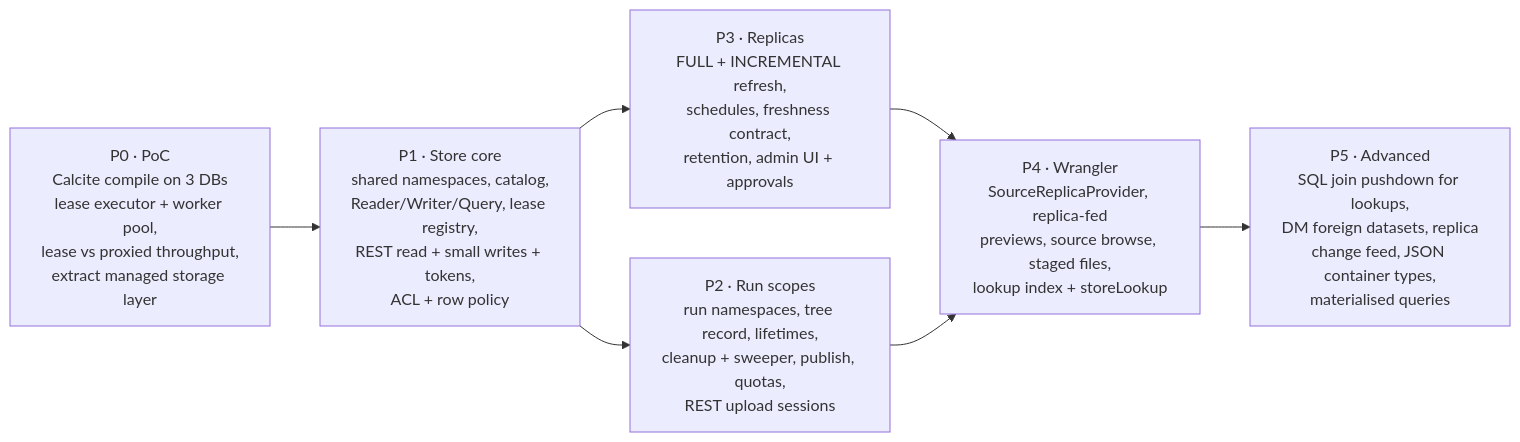
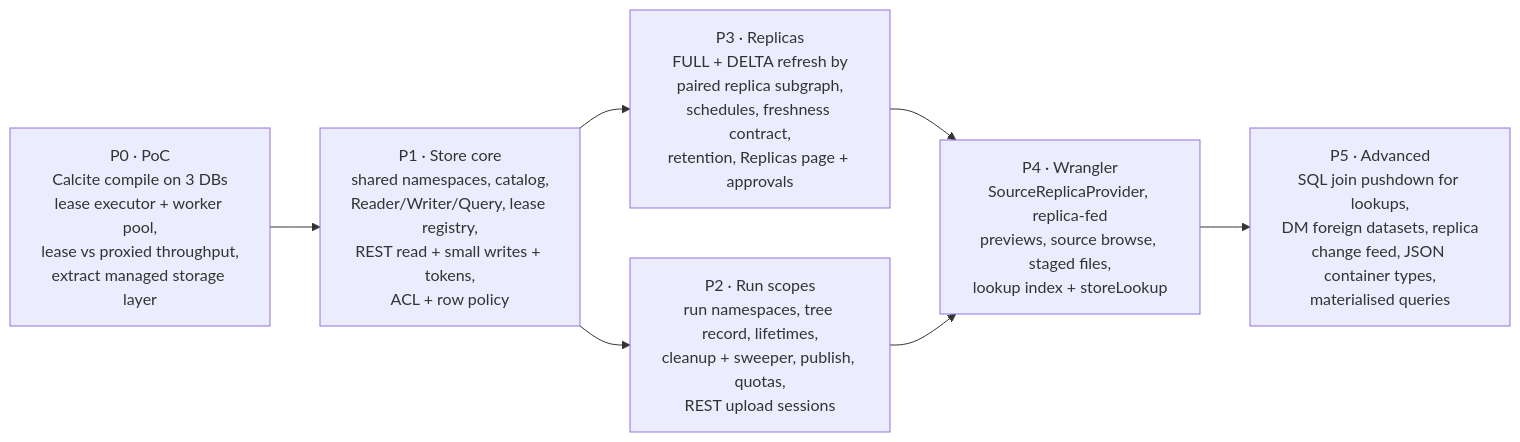
The diagram in spec/11-phasing.md (dpavlis/clover-datastore), drawn with Mermaid before and after one commit. The commit also changed other lines of this file and 7 other files, not shown here.

First line of the commit message:
Propose D40 and D41: paired replica subgraph and Replicas page

````diff
--- a/spec/11-phasing.md
+++ b/spec/11-phasing.md
@@ -4,9 +4,9 @@
 ```mermaid
 flowchart LR
   P0["P0 · PoC<br/>Calcite compile on 3 DBs<br/>lease executor + worker pool,<br/>lease vs proxied throughput,<br/>extract managed storage layer"] --> P1["P1 · Store core<br/>shared namespaces, catalog,<br/>Reader/Writer/Query, lease registry,<br/>REST read + small writes + tokens,<br/>ACL + row policy"]
   P1 --> P2["P2 · Run scopes<br/>run namespaces, tree record, lifetimes,<br/>cleanup + sweeper, publish, quotas,<br/>REST upload sessions"]
-  P1 --> P3["P3 · Replicas<br/>FULL + INCREMENTAL refresh,<br/>schedules, freshness contract,<br/>retention, admin UI + approvals"]
+  P1 --> P3["P3 · Replicas<br/>FULL + DELTA refresh by<br/>paired replica subgraph,<br/>schedules, freshness contract,<br/>retention, Replicas page + approvals"]
   P3 --> P4["P4 · Wrangler<br/>SourceReplicaProvider, replica-fed<br/>previews, source browse, staged files,<br/>lookup index + storeLookup"]
   P2 --> P4
   P4 --> P5["P5 · Advanced<br/>SQL join pushdown for lookups,<br/>DM foreign datasets, replica<br/>change feed, JSON container types,<br/>materialised queries"]
 ```
````
